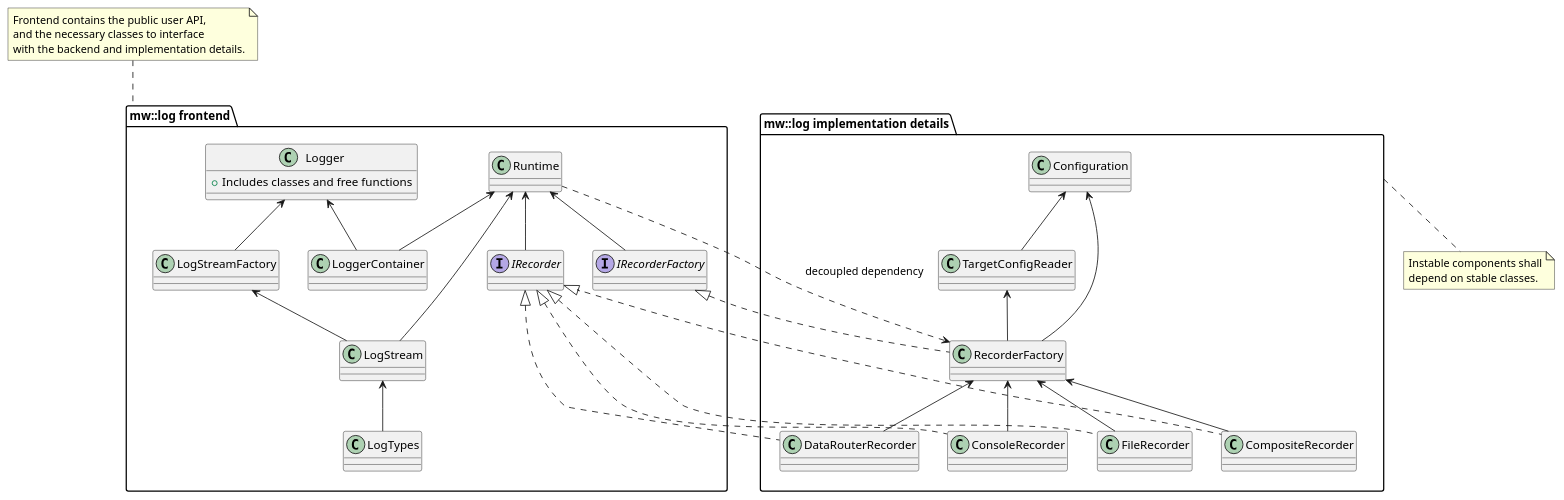
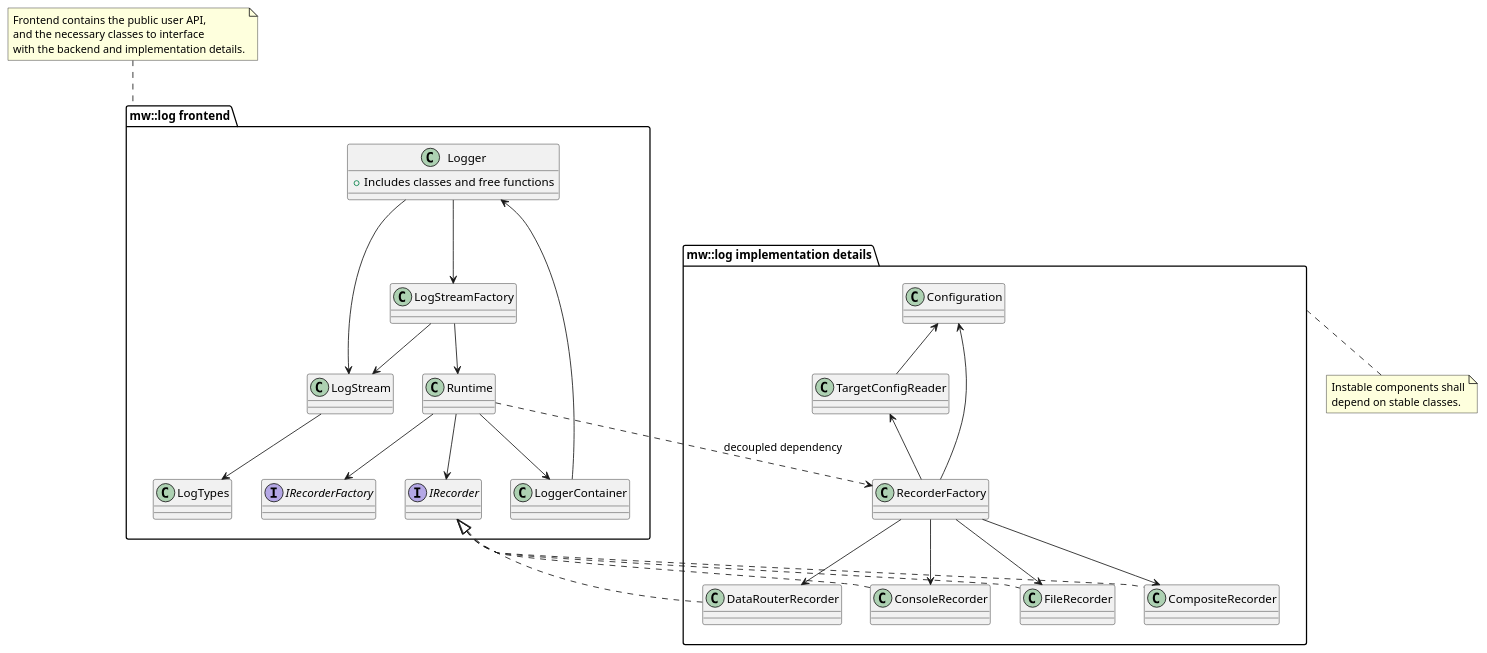
The diagram in design/frontend_dependency_graph.puml (eclipse-score/inc_mw_log), drawn with PlantUML before and after one commit. The commit also changed 8 other files, not shown here.

Commit message:
Fixing some diagrams

```diff
--- a/design/frontend_dependency_graph.puml
+++ b/design/frontend_dependency_graph.puml
@@ -1,64 +1,63 @@
 @startuml frontend_dependency_graph
 
 package "mw::log frontend" as frontend {
   class Logger {
     +Includes classes and free functions
   }
   class LogStreamFactory
   class LogStream
   class Runtime
   class LoggerContainer
   class LogTypes
   interface IRecorder
   interface IRecorderFactory
 }
 
 package "mw::log implementation details" as details {
   class Configuration
   class TargetConfigReader
   class DataRouterRecorder
   class ConsoleRecorder
   class FileRecorder
   class CompositeRecorder
   class RecorderFactory
 }
 
-Logger <-- LogStreamFactory
-Logger <-- LoggerContainer
-LogStreamFactory <-- LogStream
-LogStream <-- LogTypes
-Runtime <-- LogStream
-Runtime <-- LoggerContainer
-Runtime <-- IRecorder
-Runtime <-- IRecorderFactory
+Logger --> LogStreamFactory
+LoggerContainer --> Logger
+Logger --> LogStream
+LogStreamFactory --> LogStream
+LogStreamFactory --> Runtime
+LogStream --> LogTypes
+Runtime --> LoggerContainer
+Runtime --> IRecorder
+Runtime --> IRecorderFactory
 
 IRecorder <|.. DataRouterRecorder
 IRecorder <|.. ConsoleRecorder
 IRecorder <|.. FileRecorder
 IRecorder <|.. CompositeRecorder
 
-IRecorderFactory <|.. RecorderFactory
-
-RecorderFactory <-- DataRouterRecorder
-RecorderFactory <-- ConsoleRecorder
-RecorderFactory <-- FileRecorder
-RecorderFactory <-- CompositeRecorder
+RecorderFactory --> DataRouterRecorder
+RecorderFactory --> ConsoleRecorder
+RecorderFactory --> FileRecorder
+RecorderFactory --> CompositeRecorder
 
 Configuration <-- RecorderFactory
 Configuration <-- TargetConfigReader
 TargetConfigReader <-- RecorderFactory
 
 Runtime ..> RecorderFactory : "decoupled dependency"
 
 note top of frontend
   Frontend contains the public user API,
   and the necessary classes to interface
   with the backend and implementation details.
 end note
 
 note bottom of details
   Instable components shall
   depend on stable classes.
 end note
 
 @enduml
```
